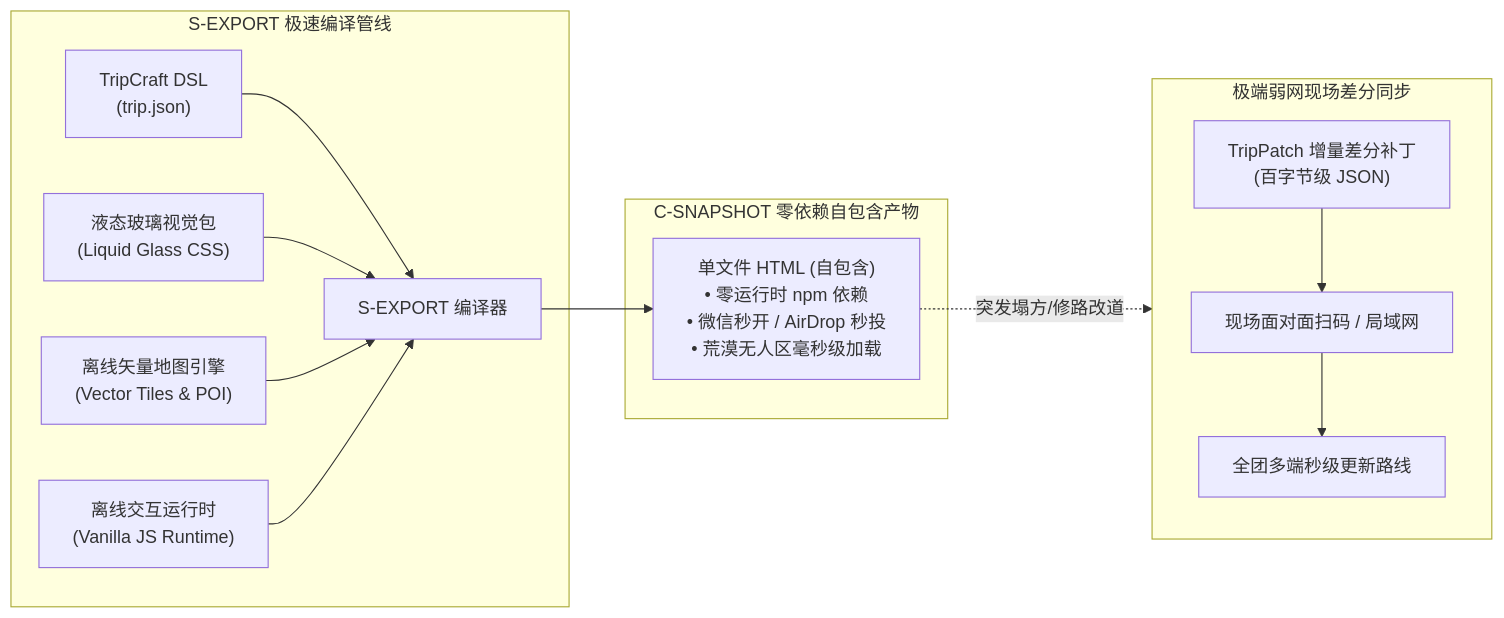
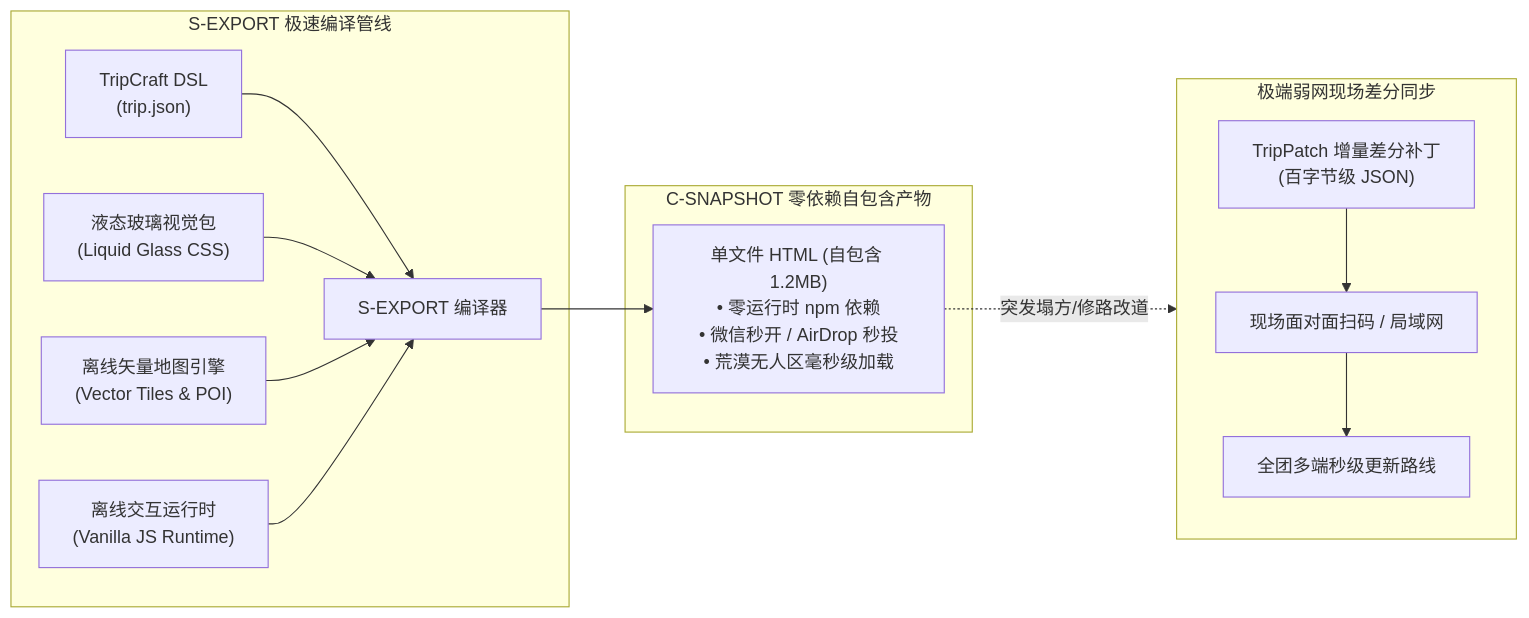
The second of 6 diagrams in README.md (JohnMaxwell0123/TripCraft), drawn with Mermaid before and after one commit. The commit also changed other lines of this file and 4 other files, not shown here.

````diff
--- a/README.md
+++ b/README.md
@@ -175,25 +189,25 @@
 ```mermaid
 flowchart LR
     subgraph Build["S-EXPORT 极速编译管线"]
         DSL["TripCraft DSL<br/>(trip.json)"]
         CSS["液态玻璃视觉包<br/>(Liquid Glass CSS)"]
         MAP["离线矢量地图引擎<br/>(Vector Tiles & POI)"]
         LOGIC["离线交互运行时<br/>(Vanilla JS Runtime)"]
         COMP["S-EXPORT 编译器"]
         DSL & CSS & MAP & LOGIC --> COMP
     end
 
     subgraph Output["C-SNAPSHOT 零依赖自包含产物"]
-        HTML["单文件 HTML (自包含)<br/>• 零运行时 npm 依赖<br/>• 微信秒开 / AirDrop 秒投<br/>• 荒漠无人区毫秒级加载"]
+        HTML["单文件 HTML (自包含 1.2MB)<br/>• 零运行时 npm 依赖<br/>• 微信秒开 / AirDrop 秒投<br/>• 荒漠无人区毫秒级加载"]
     end
 
     subgraph Sync["极端弱网现场差分同步"]
         PATCH["TripPatch 增量差分补丁<br/>(百字节级 JSON)"]
         QR["现场面对面扫码 / 局域网"]
         CLIENTS["全团多端秒级更新路线"]
         PATCH --> QR --> CLIENTS
     end
 
     COMP --> HTML
     HTML -.->|突发塌方/修路改道| Sync
 ```
````
